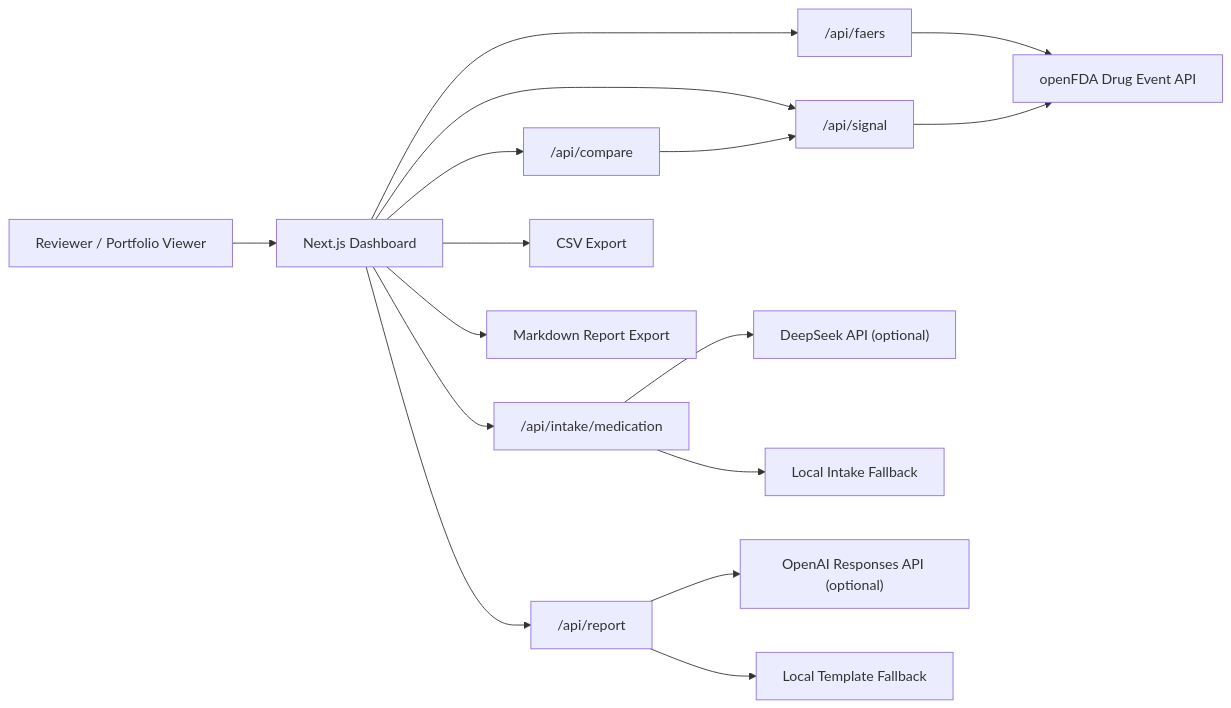
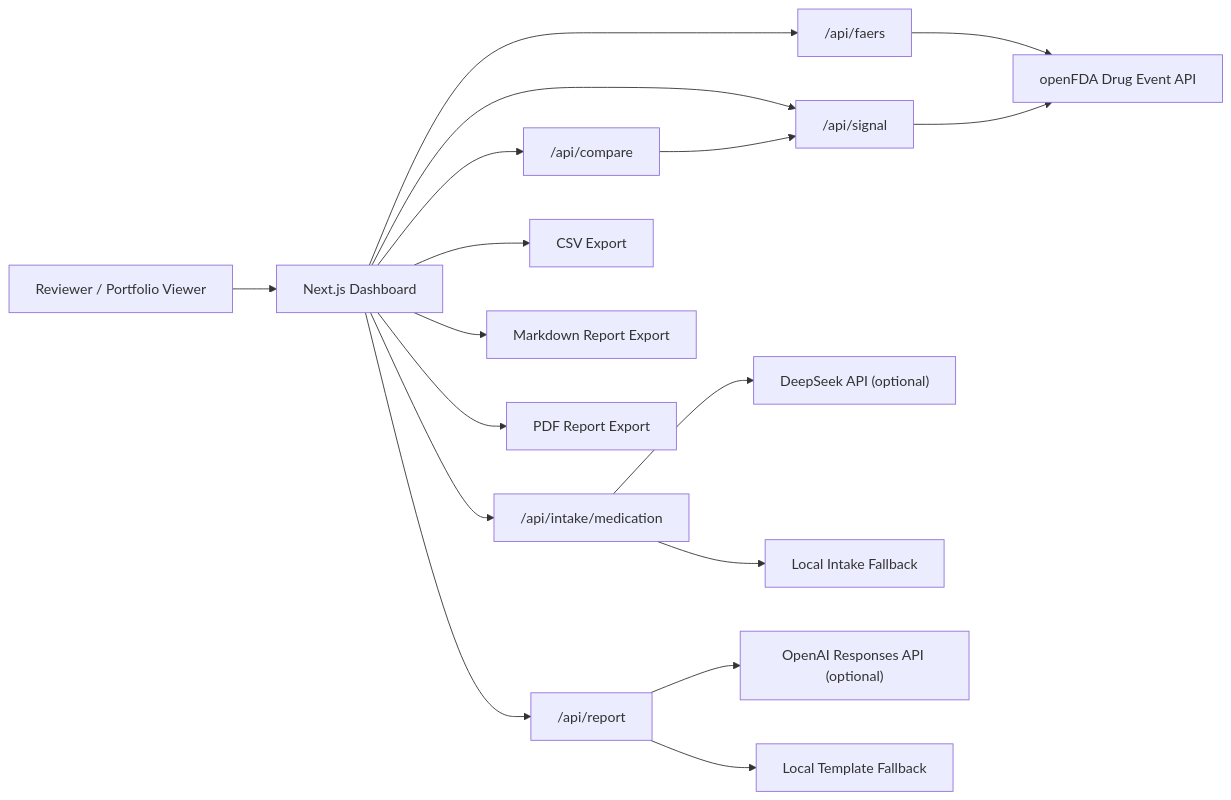
Before and after one commit to 67-rui/ai-pharmacovigilance-platform: the diagram in README.md, drawn with Mermaid. The commit also changed other lines of this file and 9 other files, not shown here.

````diff
--- a/README.md
+++ b/README.md
@@ -65,20 +71,21 @@
 ```mermaid
 flowchart LR
   User["Reviewer / Portfolio Viewer"] --> UI["Next.js Dashboard"]
   UI --> FaersAPI["/api/faers"]
   UI --> SignalAPI["/api/signal"]
   UI --> CompareAPI["/api/compare"]
   UI --> IntakeAPI["/api/intake/medication"]
   UI --> ReportAPI["/api/report"]
 
   IntakeAPI --> DeepSeek["DeepSeek API (optional)"]
   IntakeAPI --> IntakeFallback["Local Intake Fallback"]
   FaersAPI --> OpenFDA["openFDA Drug Event API"]
   SignalAPI --> OpenFDA
   CompareAPI --> SignalAPI
   ReportAPI --> OpenAI["OpenAI Responses API (optional)"]
   ReportAPI --> Template["Local Template Fallback"]
 
   UI --> CSV["CSV Export"]
   UI --> MD["Markdown Report Export"]
+  UI --> PDF["PDF Report Export"]
 ```
````
